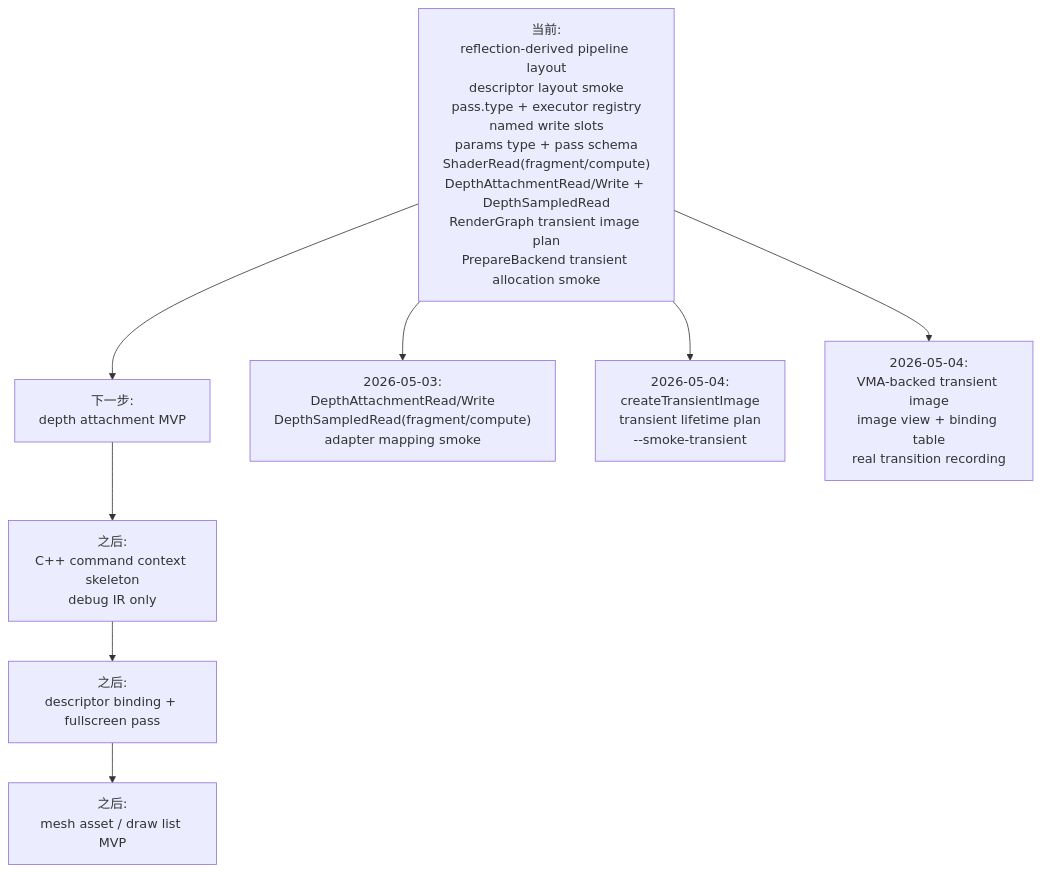
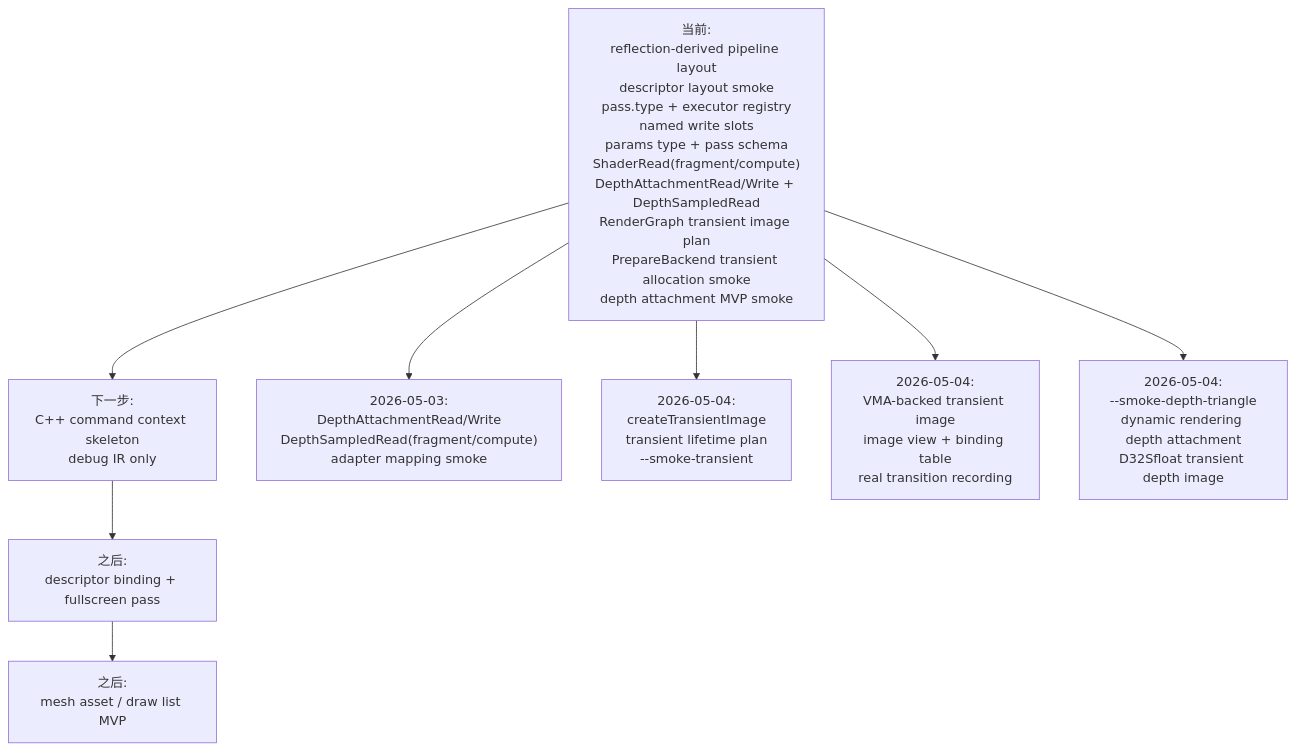
Diagram 11 of 11 in docs/flow-architecture.md (66six11/Engine), drawn with Mermaid before and after one commit. The commit also changed other lines of this file and 8 other files, not shown here.

Commit message:
feat: add depth triangle smoke

````diff
--- a/docs/flow-architecture.md
+++ b/docs/flow-architecture.md
@@ -356,17 +371,18 @@
 ```mermaid
 flowchart TD
-    Now["当前:<br/>reflection-derived pipeline layout<br/>descriptor layout smoke<br/>pass.type + executor registry<br/>named write slots<br/>params type + pass schema<br/>ShaderRead(fragment/compute)<br/>DepthAttachmentRead/Write + DepthSampledRead<br/>RenderGraph transient image plan<br/>PrepareBackend transient allocation smoke"]
-    Step1["下一步:<br/>depth attachment MVP"]
-    Step2["之后:<br/>C++ command context skeleton<br/>debug IR only"]
-    Step3["之后:<br/>descriptor binding + fullscreen pass"]
-    Step4["之后:<br/>mesh asset / draw list MVP"]
+    Now["当前:<br/>reflection-derived pipeline layout<br/>descriptor layout smoke<br/>pass.type + executor registry<br/>named write slots<br/>params type + pass schema<br/>ShaderRead(fragment/compute)<br/>DepthAttachmentRead/Write + DepthSampledRead<br/>RenderGraph transient image plan<br/>PrepareBackend transient allocation smoke<br/>depth attachment MVP smoke"]
+    Step1["下一步:<br/>C++ command context skeleton<br/>debug IR only"]
+    Step2["之后:<br/>descriptor binding + fullscreen pass"]
+    Step3["之后:<br/>mesh asset / draw list MVP"]
 
-    Now --> Step1 --> Step2 --> Step3 --> Step4
+    Now --> Step1 --> Step2 --> Step3
 
     DepthStateUpdate["2026-05-03:<br/>DepthAttachmentRead/Write<br/>DepthSampledRead(fragment/compute)<br/>adapter mapping smoke"]
     Now --> DepthStateUpdate
     TransientUpdate["2026-05-04:<br/>createTransientImage<br/>transient lifetime plan<br/>--smoke-transient"]
     Now --> TransientUpdate
     TransientVkUpdate["2026-05-04:<br/>VMA-backed transient image<br/>image view + binding table<br/>real transition recording"]
     Now --> TransientVkUpdate
+    DepthTriangleUpdate["2026-05-04:<br/>--smoke-depth-triangle<br/>dynamic rendering depth attachment<br/>D32Sfloat transient depth image"]
+    Now --> DepthTriangleUpdate
 ```
````
